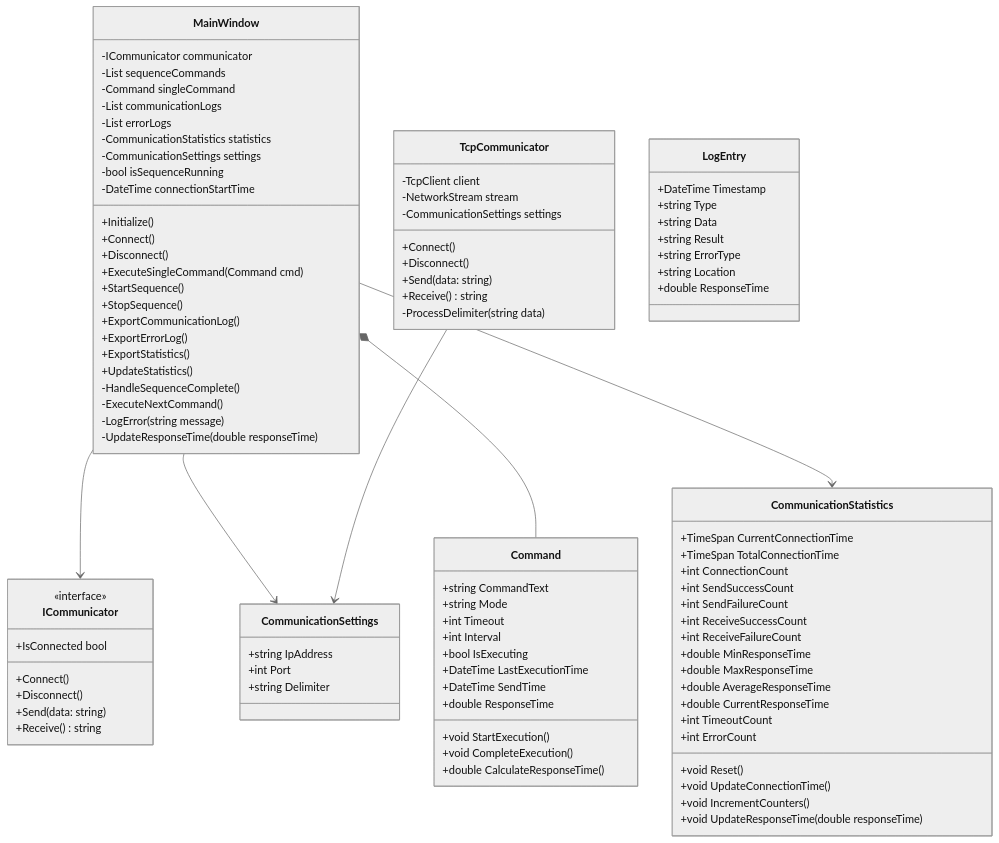
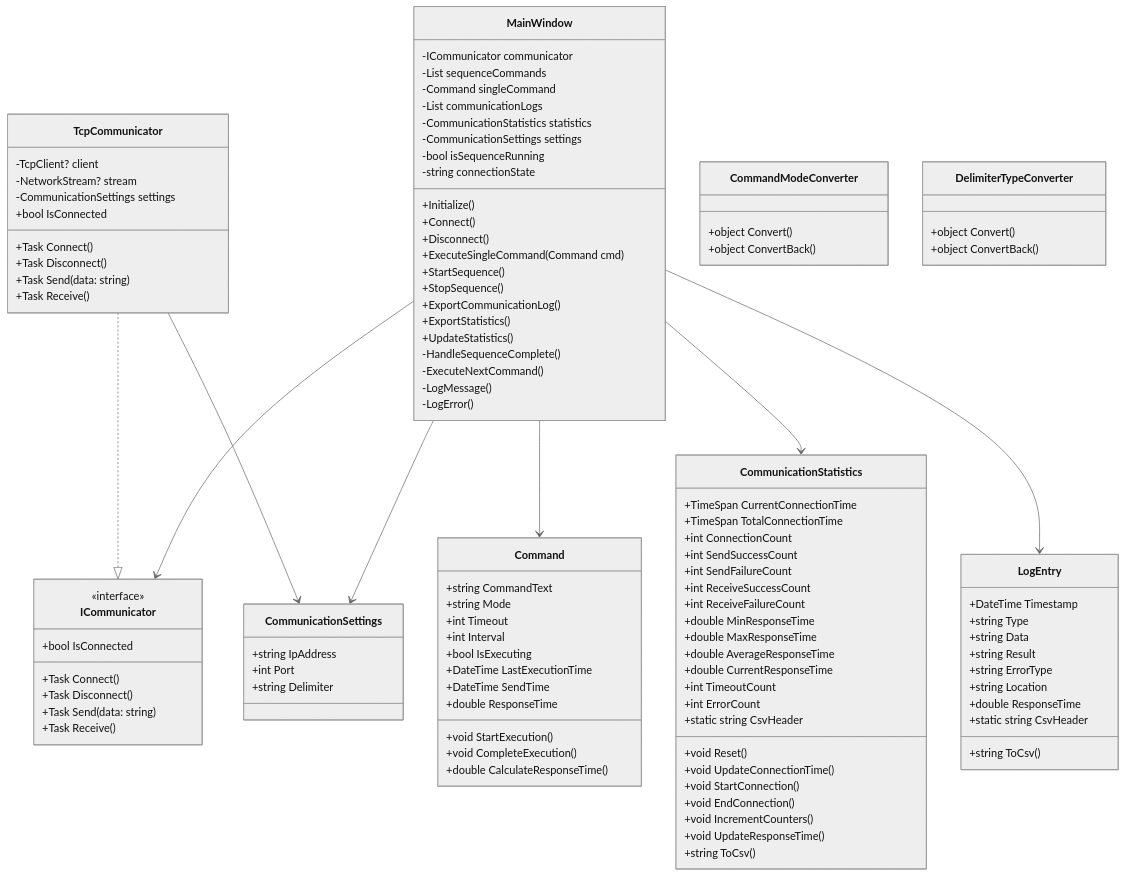
One commit to piyopiyo5/250426_CommandTest changed the diagram in CommandTest/docs/specification.md. Above: the diagram before and after it, drawn with Mermaid (neutral theme). The commit also changed other lines of this file, not shown here.

````diff
--- a/CommandTest/docs/specification.md
+++ b/CommandTest/docs/specification.md
@@ -128,11 +215,10 @@
         -List<Command> sequenceCommands
         -Command singleCommand
         -List<LogEntry> communicationLogs
-        -List<LogEntry> errorLogs
         -CommunicationStatistics statistics
         -CommunicationSettings settings
         -bool isSequenceRunning
-        -DateTime connectionStartTime
+        -string connectionState
         +Initialize()
         +Connect()
         +Disconnect()
@@ -140,13 +226,12 @@
         +StartSequence()
         +StopSequence()
         +ExportCommunicationLog()
-        +ExportErrorLog()
         +ExportStatistics()
         +UpdateStatistics()
         -HandleSequenceComplete()
         -ExecuteNextCommand()
-        -LogError(string message)
-        -UpdateResponseTime(double responseTime)
+        -LogMessage()
+        -LogError()
     }
 
     class Command {
@@ -165,22 +250,22 @@
 
     class ICommunicator {
         <<interface>>
-        +Connect()
-        +Disconnect()
-        +Send(data: string)
-        +Receive() string
-        +IsConnected bool
+        +bool IsConnected
+        +Task Connect()
+        +Task Disconnect()
+        +Task Send(data: string)
+        +Task<string> Receive()
     }
 
     class TcpCommunicator {
-        -TcpClient client
-        -NetworkStream stream
+        -TcpClient? client
+        -NetworkStream? stream
         -CommunicationSettings settings
-        +Connect()
-        +Disconnect()
-        +Send(data: string)
-        +Receive() string
-        -ProcessDelimiter(string data)
+        +bool IsConnected
+        +Task Connect()
+        +Task Disconnect()
+        +Task Send(data: string)
+        +Task<string> Receive()
     }
 
     class LogEntry {
@@ -191,6 +276,8 @@
         +string ErrorType
         +string Location
         +double ResponseTime
+        +string ToCsv()
+        +static string CsvHeader
     }
 
     class CommunicationSettings {
@@ -215,13 +302,29 @@
         +int ErrorCount
         +void Reset()
         +void UpdateConnectionTime()
+        +void StartConnection()
+        +void EndConnection()
         +void IncrementCounters()
-        +void UpdateResponseTime(double responseTime)
+        +void UpdateResponseTime()
+        +string ToCsv()
+        +static string CsvHeader
+    }
+
+    class CommandModeConverter {
+        +object Convert()
+        +object ConvertBack()
+    }
+
+    class DelimiterTypeConverter {
+        +object Convert()
+        +object ConvertBack()
     }
 
     MainWindow --> ICommunicator
+    MainWindow --> Command
     MainWindow --> CommunicationSettings
-    MainWindow *-- Command
     MainWindow --> CommunicationStatistics
+    MainWindow --> LogEntry
+    TcpCommunicator ..|> ICommunicator
     TcpCommunicator --> CommunicationSettings
 ```
````
